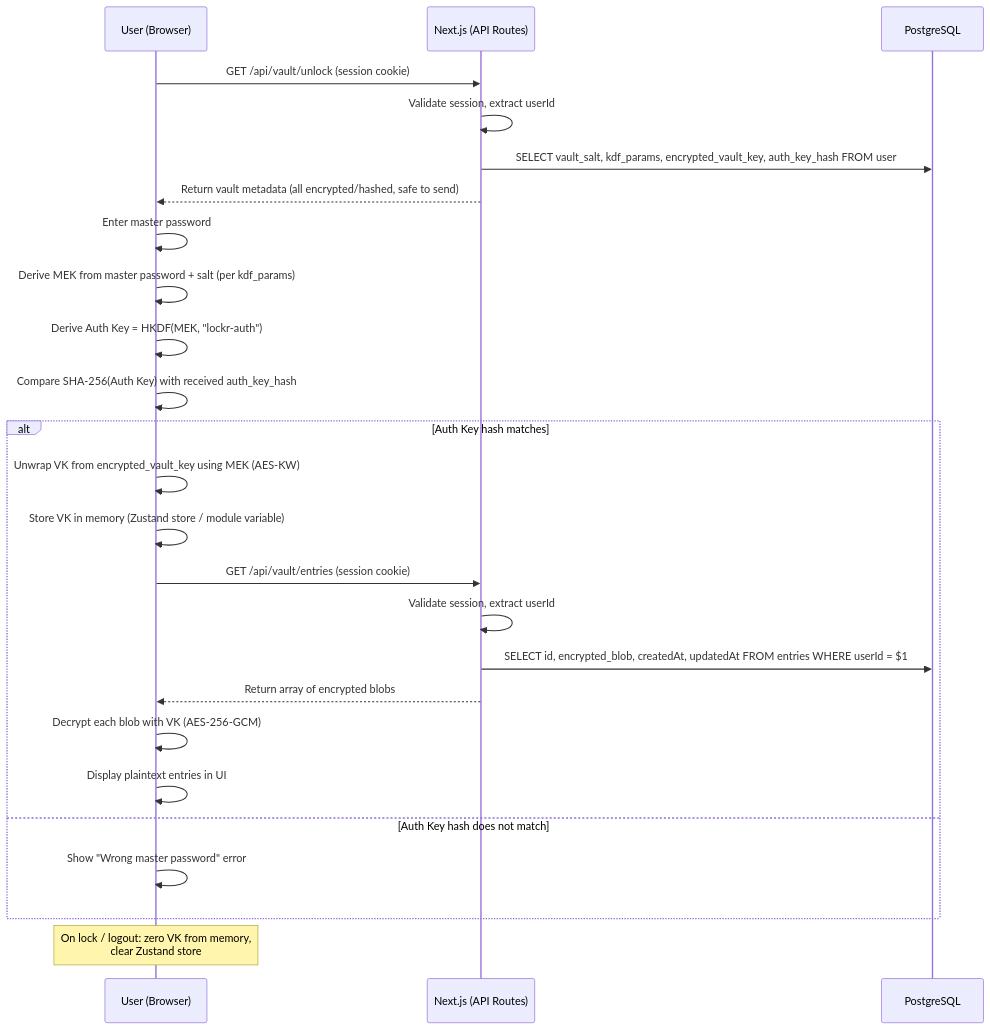
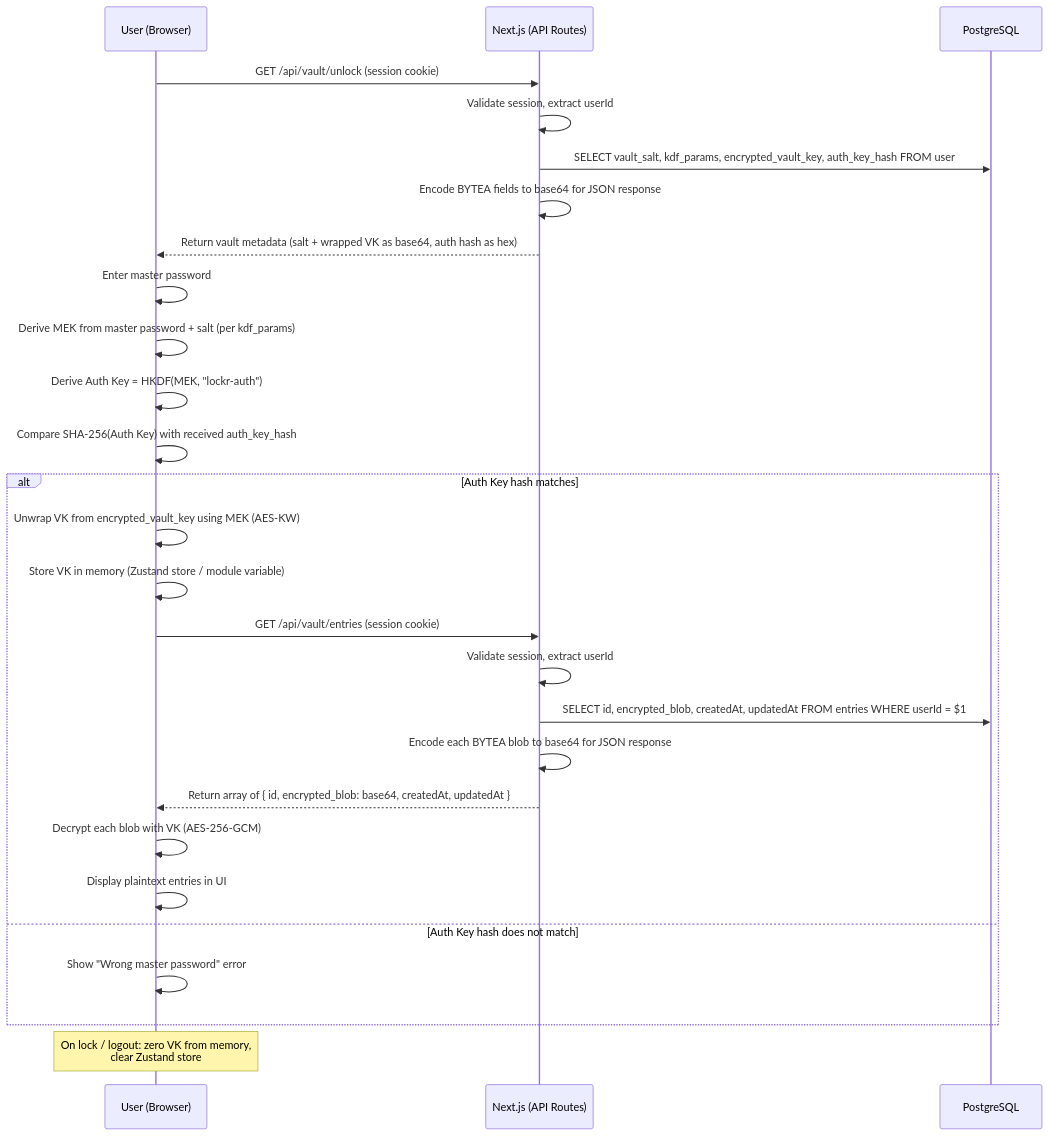
The fifth of 8 diagrams in docs/ARCHITECTURE.md (kunalsinghdadhwal/lockr), drawn with Mermaid before and after one commit. The commit also changed other lines of this file, not shown here.

````diff
--- a/docs/ARCHITECTURE.md
+++ b/docs/ARCHITECTURE.md
@@ -317,31 +334,33 @@
 ```mermaid
 sequenceDiagram
     participant U as User (Browser)
     participant N as Next.js (API Routes)
     participant DB as PostgreSQL
 
     U->>N: GET /api/vault/unlock (session cookie)
     N->>N: Validate session, extract userId
     N->>DB: SELECT vault_salt, kdf_params, encrypted_vault_key, auth_key_hash FROM user
-    N-->>U: Return vault metadata (all encrypted/hashed, safe to send)
+    N->>N: Encode BYTEA fields to base64 for JSON response
+    N-->>U: Return vault metadata (salt + wrapped VK as base64, auth hash as hex)
 
     U->>U: Enter master password
     U->>U: Derive MEK from master password + salt (per kdf_params)
     U->>U: Derive Auth Key = HKDF(MEK, "lockr-auth")
     U->>U: Compare SHA-256(Auth Key) with received auth_key_hash
 
     alt Auth Key hash matches
         U->>U: Unwrap VK from encrypted_vault_key using MEK (AES-KW)
         U->>U: Store VK in memory (Zustand store / module variable)
         U->>N: GET /api/vault/entries (session cookie)
         N->>N: Validate session, extract userId
         N->>DB: SELECT id, encrypted_blob, createdAt, updatedAt FROM entries WHERE userId = $1
-        N-->>U: Return array of encrypted blobs
+        N->>N: Encode each BYTEA blob to base64 for JSON response
+        N-->>U: Return array of { id, encrypted_blob: base64, createdAt, updatedAt }
         U->>U: Decrypt each blob with VK (AES-256-GCM)
         U->>U: Display plaintext entries in UI
     else Auth Key hash does not match
         U->>U: Show "Wrong master password" error
     end
 
     Note over U: On lock / logout: zero VK from memory,<br/>clear Zustand store
 ```
````
